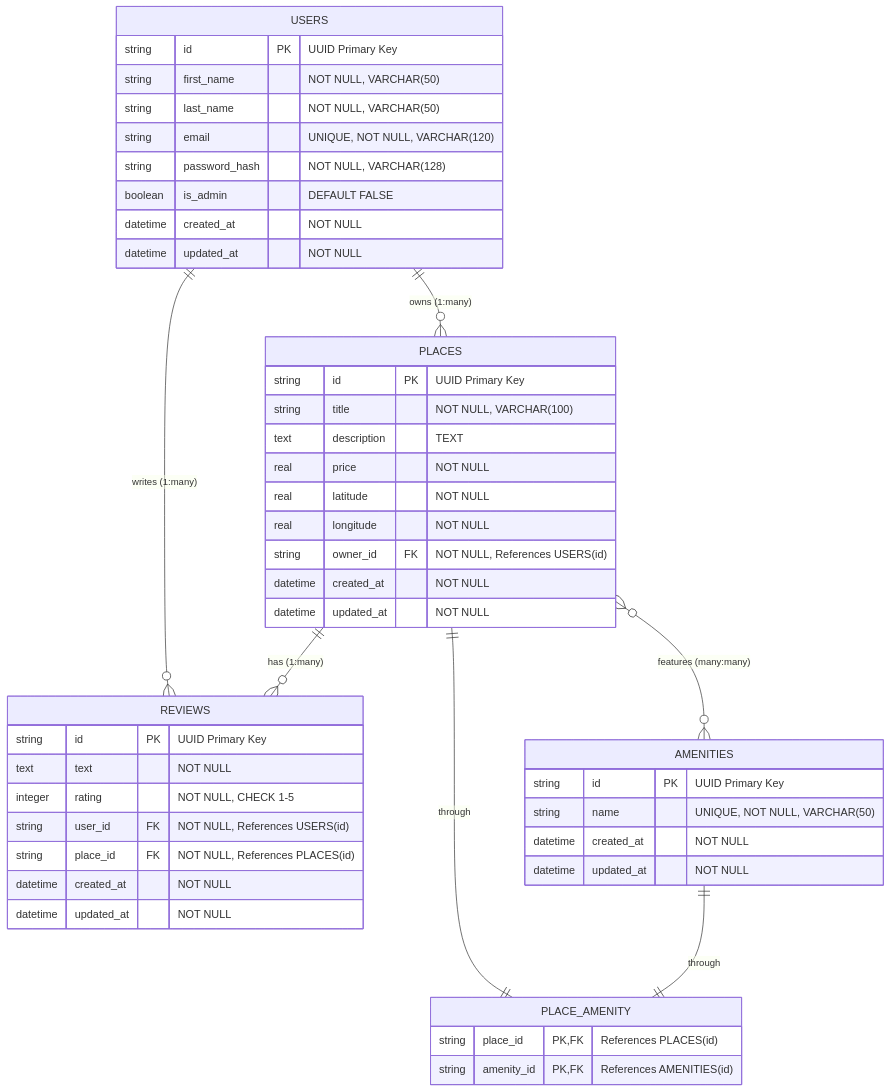
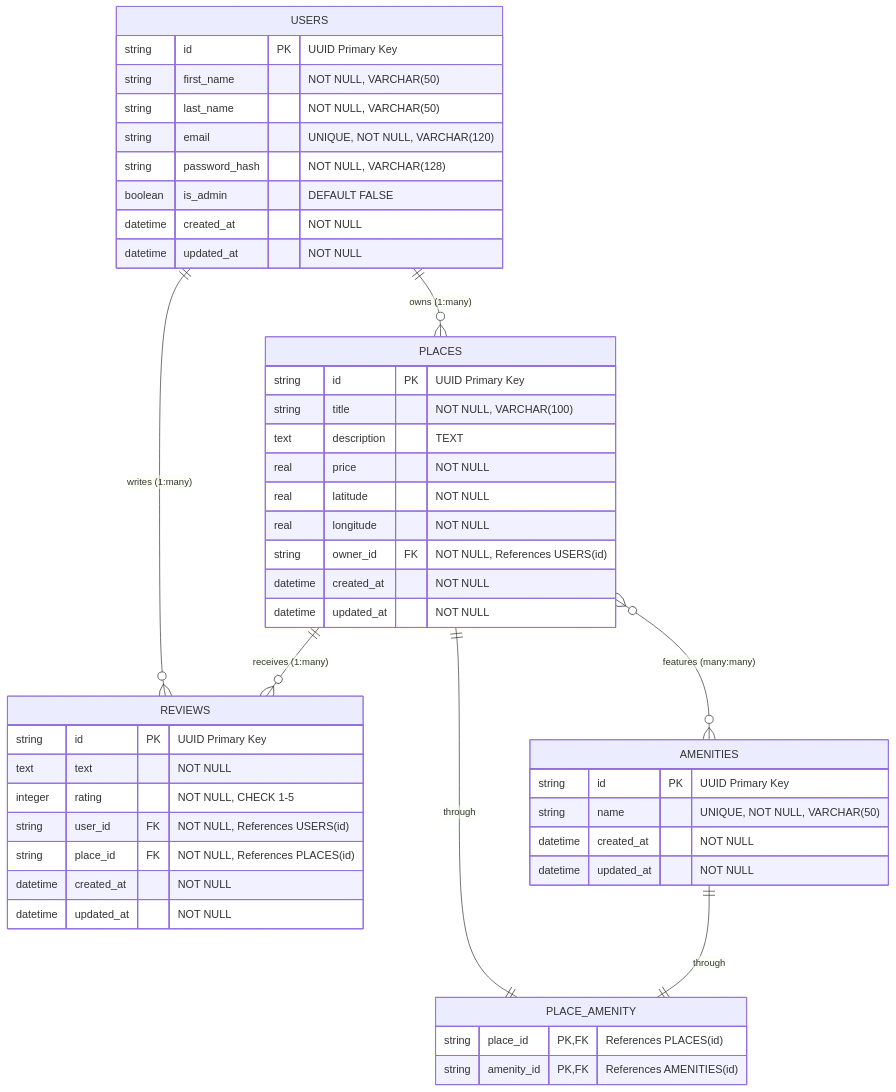
The first of 3 diagrams in part3/hbnb/DATABASE_SCHEMA.md (Jcarrera007/holbertonschool-hbnb), drawn with Mermaid before and after one commit. The commit also changed other lines of this file, not shown here.

Commit message:
Revise DATABASE_SCHEMA.md for clarity and completeness, updating section titles, enhancing entity relationship descriptions, and restructuring database constraints and business rules.

````diff
--- a/part3/hbnb/DATABASE_SCHEMA.md
+++ b/part3/hbnb/DATABASE_SCHEMA.md
@@ -5,55 +9,55 @@
 ```mermaid
 erDiagram
     USERS {
         string id PK "UUID Primary Key"
         string first_name "NOT NULL, VARCHAR(50)"
         string last_name "NOT NULL, VARCHAR(50)"
         string email "UNIQUE, NOT NULL, VARCHAR(120)"
         string password_hash "NOT NULL, VARCHAR(128)"
         boolean is_admin "DEFAULT FALSE"
         datetime created_at "NOT NULL"
         datetime updated_at "NOT NULL"
     }
     
     PLACES {
         string id PK "UUID Primary Key"
         string title "NOT NULL, VARCHAR(100)"
         text description "TEXT"
         real price "NOT NULL"
         real latitude "NOT NULL"
         real longitude "NOT NULL"
         string owner_id FK "NOT NULL, References USERS(id)"
         datetime created_at "NOT NULL"
         datetime updated_at "NOT NULL"
     }
     
     REVIEWS {
         string id PK "UUID Primary Key"
         text text "NOT NULL"
         integer rating "NOT NULL, CHECK 1-5"
         string user_id FK "NOT NULL, References USERS(id)"
         string place_id FK "NOT NULL, References PLACES(id)"
         datetime created_at "NOT NULL"
         datetime updated_at "NOT NULL"
     }
     
     AMENITIES {
         string id PK "UUID Primary Key"
         string name "UNIQUE, NOT NULL, VARCHAR(50)"
         datetime created_at "NOT NULL"
         datetime updated_at "NOT NULL"
     }
     
     PLACE_AMENITY {
         string place_id PK,FK "References PLACES(id)"
         string amenity_id PK,FK "References AMENITIES(id)"
     }
     
     %% Relationships
     USERS ||--o{ PLACES : "owns (1:many)"
     USERS ||--o{ REVIEWS : "writes (1:many)"
-    PLACES ||--o{ REVIEWS : "has (1:many)"
+    PLACES ||--o{ REVIEWS : "receives (1:many)"
     PLACES }o--o{ AMENITIES : "features (many:many)"
     PLACES ||--|| PLACE_AMENITY : "through"
     AMENITIES ||--|| PLACE_AMENITY : "through"
 ```
````
